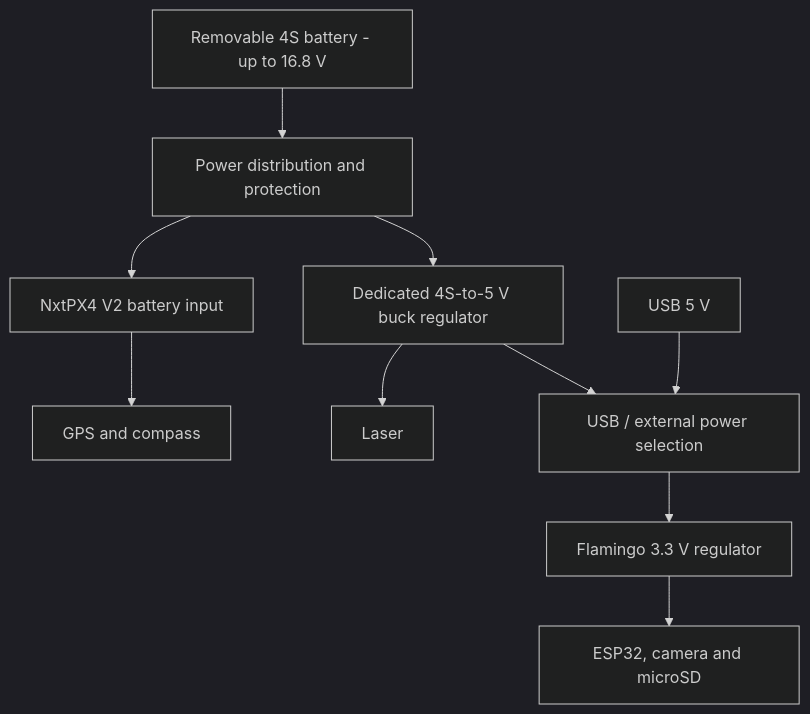
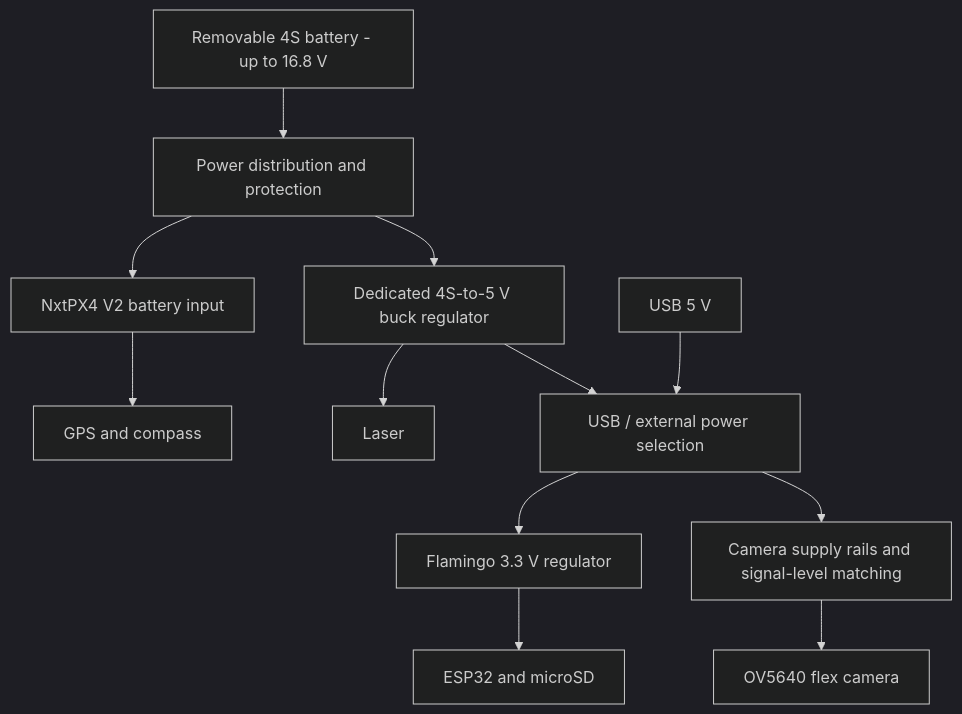
The diagram in Flamingo/COMPONENTS.md (carnegie-mellon-rocket-command/payload-hw27-usli), drawn with Mermaid (dark theme) before and after one commit. The commit also changed other lines of this file and 1 other file, not shown here.

Commit message:
updated camera

````diff
--- a/Flamingo/COMPONENTS.md
+++ b/Flamingo/COMPONENTS.md
@@ -21,12 +21,14 @@
 ```mermaid
 flowchart TD
     B[Removable 4S battery - up to 16.8 V] --> P[Power distribution and protection]
     P --> FC[NxtPX4 V2 battery input]
     FC --> GPS[GPS and compass]
     P --> V5[Dedicated 4S-to-5 V buck regulator]
     V5 --> L[Laser]
     V5 --> S[USB / external power selection]
     U[USB 5 V] --> S
     S --> V3[Flamingo 3.3 V regulator]
-    V3 --> E[ESP32, camera and microSD]
+    V3 --> E[ESP32 and microSD]
+    S --> CP[Camera supply rails and signal-level matching]
+    CP --> C[OV5640 flex camera]
 ```
````
